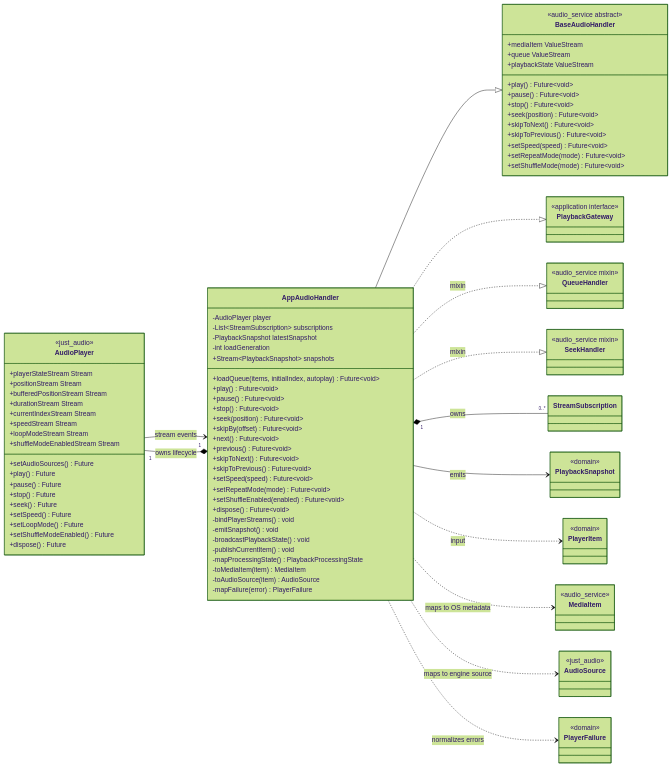
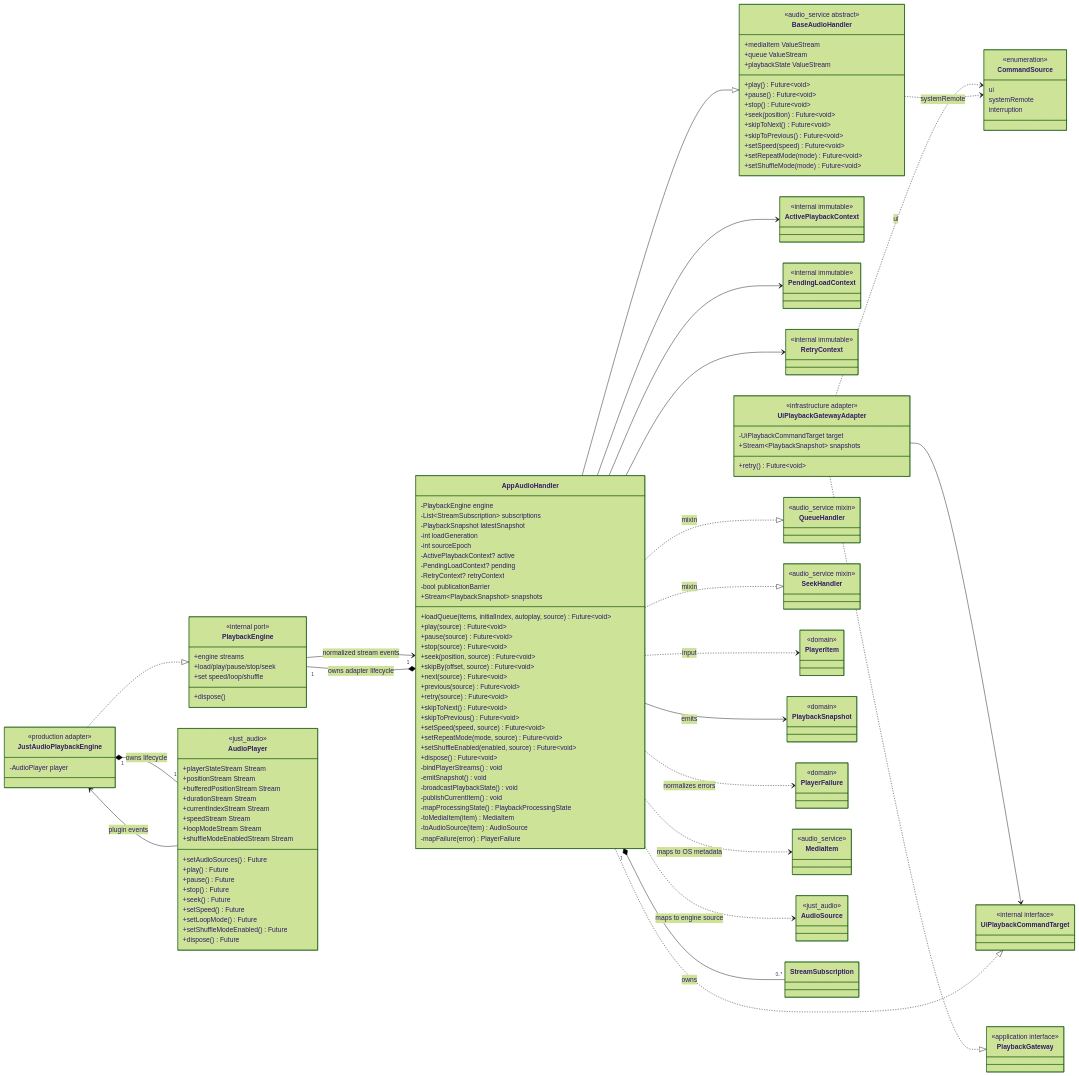
One commit to ViUniverse/ViListen changed the sixth of 10 diagrams in docs/player-class-diagram.md. Above: the diagram before and after it, drawn with Mermaid (forest theme). The commit also changed other lines of this file and 4 other files, not shown here.

````diff
--- a/docs/player-class-diagram.md
+++ b/docs/player-class-diagram.md
@@ -597,6 +728,49 @@
 
 class PlaybackGateway {
   <<application interface>>
+}
+
+class UiPlaybackCommandTarget {
+  <<internal interface>>
+}
+
+class UiPlaybackGatewayAdapter {
+  <<infrastructure adapter>>
+  -UiPlaybackCommandTarget target
+  +Stream~PlaybackSnapshot~ snapshots
+  +retry() Future~void~
+}
+
+class PlaybackEngine {
+  <<internal port>>
+  +engine streams
+  +load/play/pause/stop/seek
+  +set speed/loop/shuffle
+  +dispose()
+}
+
+class JustAudioPlaybackEngine {
+  <<production adapter>>
+  -AudioPlayer player
+}
+
+class ActivePlaybackContext {
+  <<internal immutable>>
+}
+
+class PendingLoadContext {
+  <<internal immutable>>
+}
+
+class RetryContext {
+  <<internal immutable>>
+}
+
+class CommandSource {
+  <<enumeration>>
+  ui
+  systemRemote
+  interruption
 }
 
 class BaseAudioHandler {
@@ -645,24 +819,30 @@
 }
 
 class AppAudioHandler {
-  -AudioPlayer player
+  -PlaybackEngine engine
   -List~StreamSubscription~ subscriptions
   -PlaybackSnapshot latestSnapshot
   -int loadGeneration
+  -int sourceEpoch
+  -ActivePlaybackContext? active
+  -PendingLoadContext? pending
+  -RetryContext? retryContext
+  -bool publicationBarrier
   +Stream~PlaybackSnapshot~ snapshots
-  +loadQueue(items, initialIndex, autoplay) Future~void~
-  +play() Future~void~
-  +pause() Future~void~
-  +stop() Future~void~
-  +seek(position) Future~void~
-  +skipBy(offset) Future~void~
-  +next() Future~void~
-  +previous() Future~void~
+  +loadQueue(items, initialIndex, autoplay, source) Future~void~
+  +play(source) Future~void~
+  +pause(source) Future~void~
+  +stop(source) Future~void~
+  +seek(position, source) Future~void~
+  +skipBy(offset, source) Future~void~
+  +next(source) Future~void~
+  +previous(source) Future~void~
+  +retry(source) Future~void~
   +skipToNext() Future~void~
   +skipToPrevious() Future~void~
-  +setSpeed(speed) Future~void~
-  +setRepeatMode(mode) Future~void~
-  +setShuffleEnabled(enabled) Future~void~
+  +setSpeed(speed, source) Future~void~
+  +setRepeatMode(mode, source) Future~void~
+  +setShuffleEnabled(enabled, source) Future~void~
   +dispose() Future~void~
   -bindPlayerStreams() void
   -emitSnapshot() void
@@ -694,16 +874,26 @@
   <<just_audio>>
 }
 
+UiPlaybackGatewayAdapter ..|> PlaybackGateway
+UiPlaybackGatewayAdapter --> UiPlaybackCommandTarget
 AppAudioHandler --|> BaseAudioHandler
-AppAudioHandler ..|> PlaybackGateway
+AppAudioHandler ..|> UiPlaybackCommandTarget
 AppAudioHandler ..|> QueueHandler : mixin
 AppAudioHandler ..|> SeekHandler : mixin
-AppAudioHandler "1" *-- "1" AudioPlayer : owns lifecycle
+AppAudioHandler "1" *-- "1" PlaybackEngine : owns adapter lifecycle
+JustAudioPlaybackEngine ..|> PlaybackEngine
+JustAudioPlaybackEngine "1" *-- "1" AudioPlayer : owns lifecycle
 AppAudioHandler "1" *-- "0..*" StreamSubscription : owns
+AppAudioHandler --> ActivePlaybackContext
+AppAudioHandler --> PendingLoadContext
+AppAudioHandler --> RetryContext
+UiPlaybackGatewayAdapter ..> CommandSource : ui
+BaseAudioHandler ..> CommandSource : systemRemote
 AppAudioHandler --> PlaybackSnapshot : emits
 AppAudioHandler ..> PlayerItem : input
 AppAudioHandler ..> MediaItem : maps to OS metadata
 AppAudioHandler ..> AudioSource : maps to engine source
 AppAudioHandler ..> PlayerFailure : normalizes errors
-AudioPlayer --> AppAudioHandler : stream events
+AudioPlayer --> JustAudioPlaybackEngine : plugin events
+PlaybackEngine --> AppAudioHandler : normalized stream events
 ```
````
